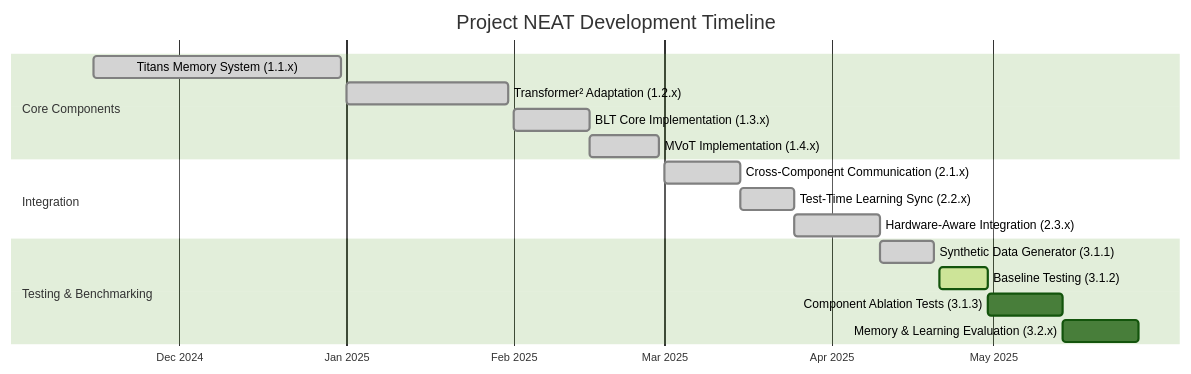
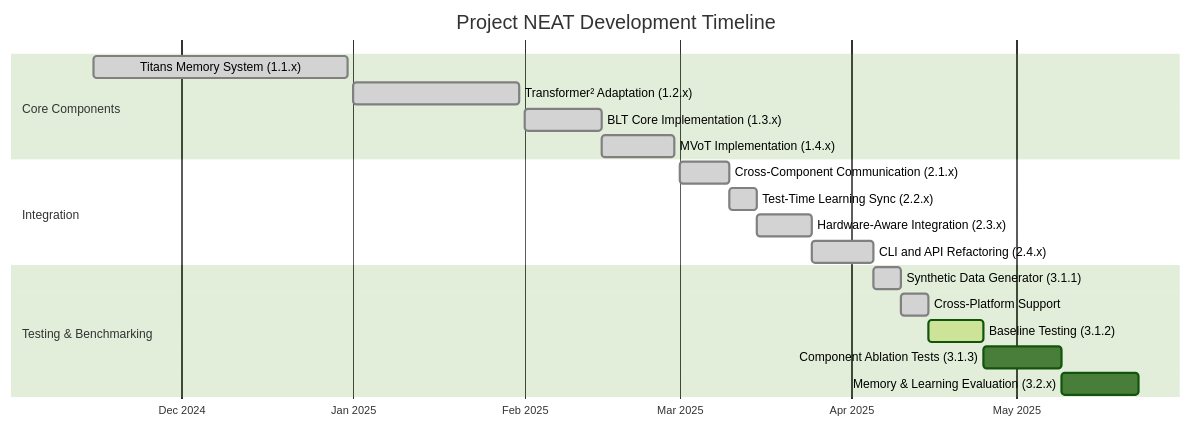
One commit to idlandes04/Project-NEAT changed the second of 3 diagrams in README.md. Above: the diagram before and after it, drawn with Mermaid (forest theme). The commit also changed other lines of this file and 2 other files, not shown here.

````diff
--- a/README.md
+++ b/README.md
@@ -80,23 +80,25 @@
 ```mermaid
 gantt
     title Project NEAT Development Timeline
     dateFormat  YYYY-MM-DD
     axisFormat %b %Y
     
     section Core Components
     Titans Memory System (1.1.x)       :done, titans, 2024-11-15, 2024-12-31
     Transformer² Adaptation (1.2.x)    :done, transformer2, 2025-01-01, 2025-01-31
     BLT Core Implementation (1.3.x)    :done, blt, 2025-02-01, 2025-02-15
     MVoT Implementation (1.4.x)        :done, mvot, 2025-02-15, 2025-02-28
     
     section Integration
-    Cross-Component Communication (2.1.x) :done, comms, 2025-03-01, 2025-03-15
-    Test-Time Learning Sync (2.2.x)       :done, ttl, 2025-03-15, 2025-03-25
-    Hardware-Aware Integration (2.3.x)    :done, hwint, 2025-03-25, 2025-04-10
+    Cross-Component Communication (2.1.x) :done, comms, 2025-03-01, 2025-03-10
+    Test-Time Learning Sync (2.2.x)       :done, ttl, 2025-03-10, 2025-03-15
+    Hardware-Aware Integration (2.3.x)    :done, hwint, 2025-03-15, 2025-03-25
+    CLI and API Refactoring (2.4.x)       :done, cli, 2025-03-25, 2025-04-05
     
     section Testing & Benchmarking
-    Synthetic Data Generator (3.1.1)      :done, synthetic, 2025-04-10, 2025-04-20
-    Baseline Testing (3.1.2)          :active, baseline, 2025-04-21, 2025-04-30
+    Synthetic Data Generator (3.1.1)      :done, synthetic, 2025-04-05, 2025-04-10
+    Cross-Platform Support                 :done, crossplat, 2025-04-10, 2025-04-15
+    Baseline Testing (3.1.2)          :active, baseline, 2025-04-15, 2025-04-25
     Component Ablation Tests (3.1.3)      :ablation, after baseline, 14d
     Memory & Learning Evaluation (3.2.x)  :memory, after ablation, 14d
 ```
````
